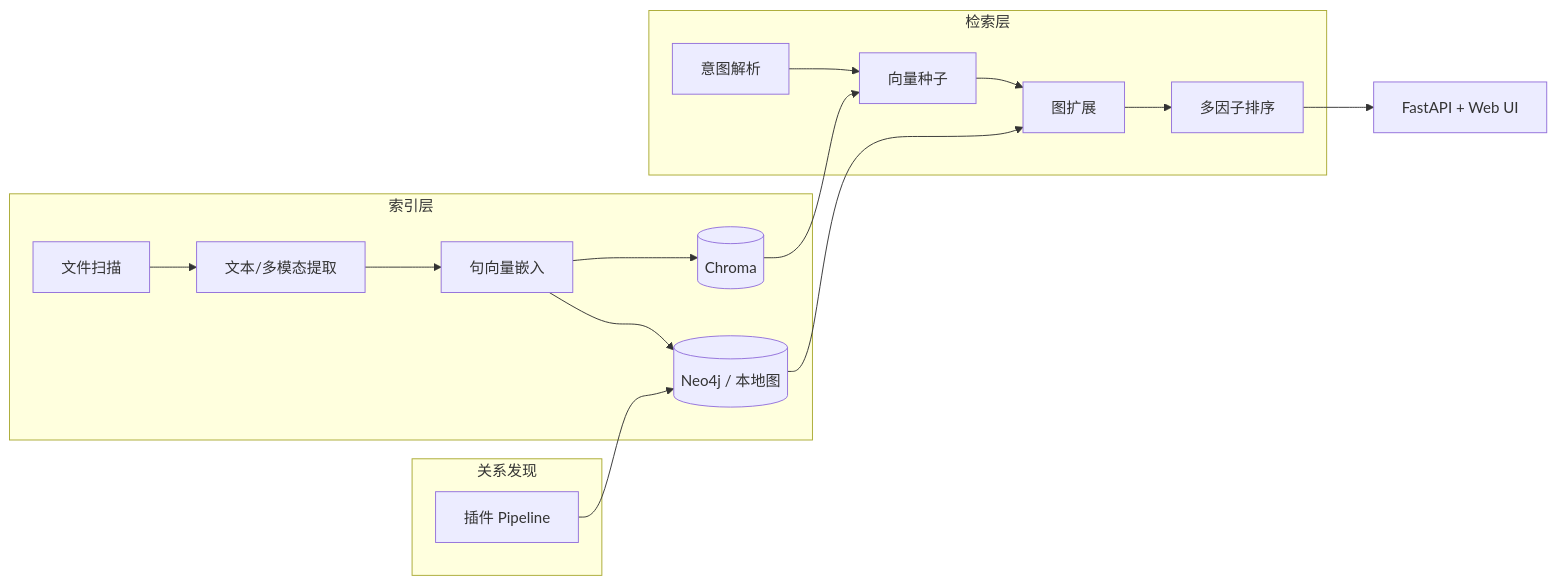
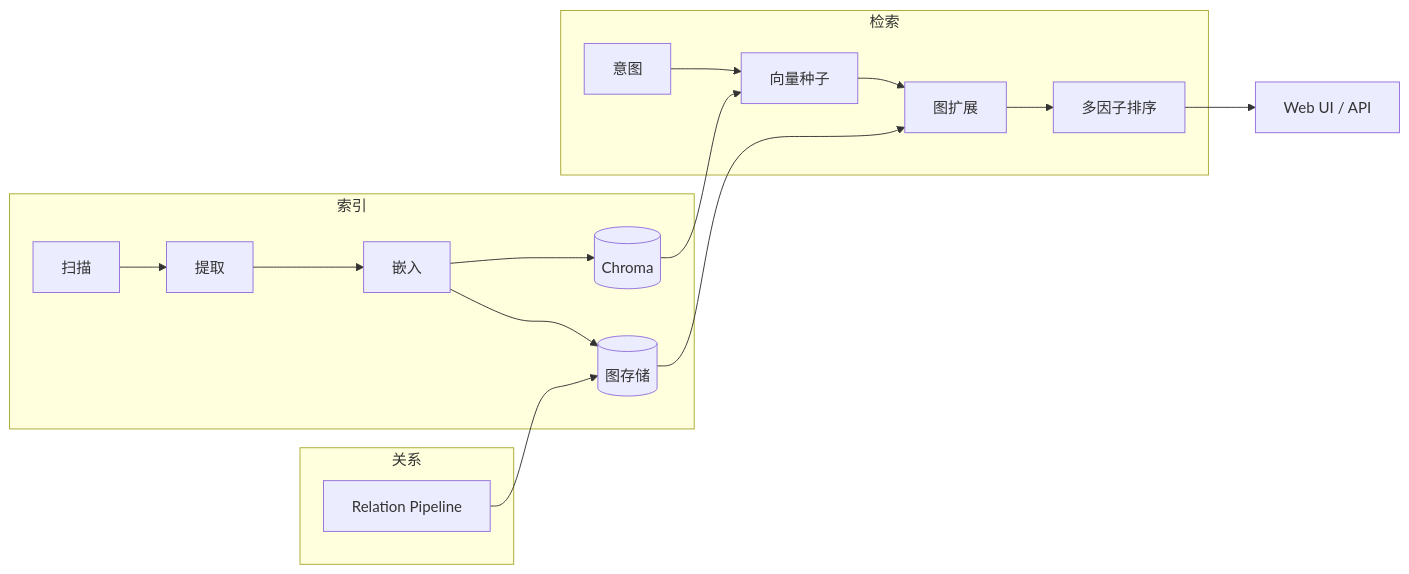
The diagram in README.md (S1M0nLEE/File-Describer), drawn with Mermaid before and after one commit. The commit also changed other lines of this file and 1 other file, not shown here.

````diff
--- a/README.md
+++ b/README.md
@@ -91,20 +63,20 @@
 ```mermaid
 flowchart LR
-  subgraph index [索引层]
-    Scan[文件扫描] --> Extract[文本/多模态提取]
-    Extract --> Embed[句向量嵌入]
+  subgraph index [索引]
+    Scan[扫描] --> Extract[提取]
+    Extract --> Embed[嵌入]
     Embed --> Chroma[(Chroma)]
-    Embed --> Graph[(Neo4j / 本地图)]
+    Embed --> Graph[(图存储)]
   end
-  subgraph rel [关系发现]
-    Pipeline[插件 Pipeline] --> Graph
+  subgraph rel [关系]
+    Pipeline[Relation Pipeline] --> Graph
   end
-  subgraph search [检索层]
-    Intent[意图解析] --> Seed[向量种子]
+  subgraph search [检索]
+    Intent[意图] --> Seed[向量种子]
     Seed --> Expand[图扩展]
     Expand --> Rank[多因子排序]
   end
   Chroma --> Seed
   Graph --> Expand
-  Rank --> UI[FastAPI + Web UI]
+  Rank --> UI[Web UI / API]
 ```
````
